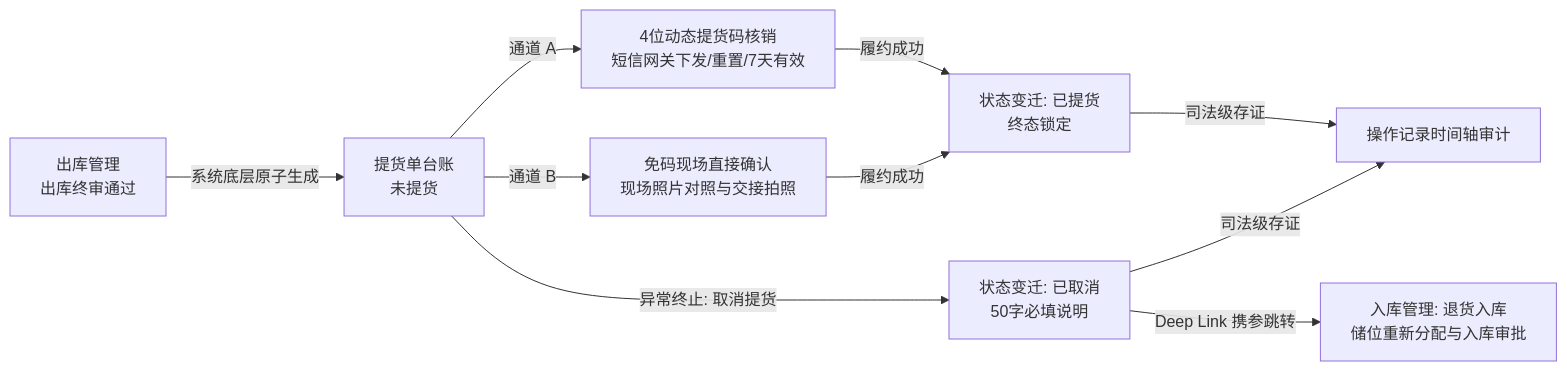
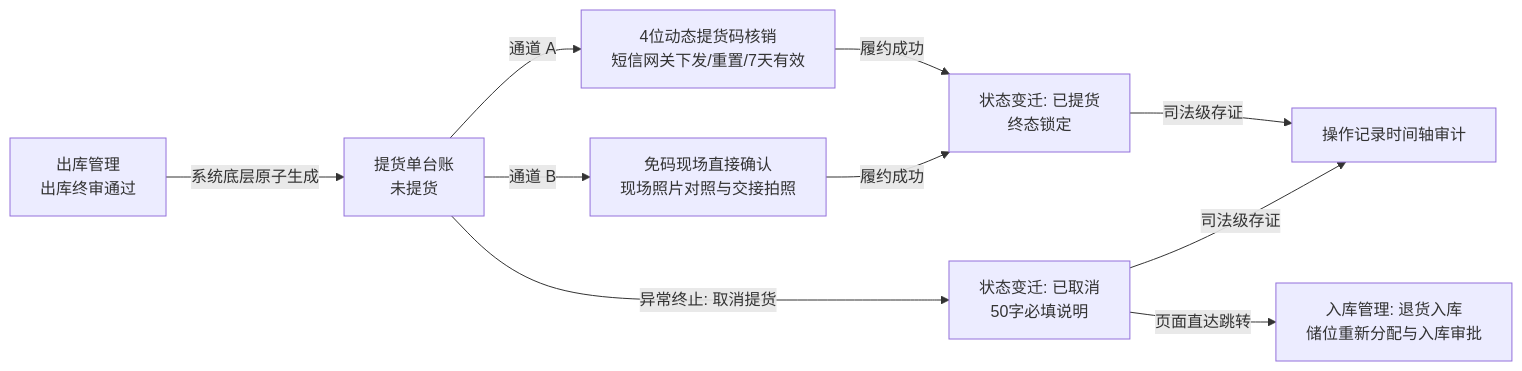
One commit to RobertHuang999/SYZC changed the diagram in 02-PRD文档/🌟🌟🌟-最新基准版/B端PC/02-仓储/15-提货单/提货单主PRD.md. Above: the diagram before and after it, drawn with Mermaid. The commit also changed other lines of this file and 264 other files, not shown here.

````diff
--- a/02-PRD文档/🌟🌟🌟-最新基准版/B端PC/02-仓储/15-提货单/提货单主PRD.md
+++ b/02-PRD文档/🌟🌟🌟-最新基准版/B端PC/02-仓储/15-提货单/提货单主PRD.md
@@ -32,12 +32,12 @@
 ```mermaid
 flowchart LR
     A[出库管理<br/>出库终审通过] -->|系统底层原子生成| B[提货单台账<br/>未提货]
     B -->|通道 A| C[4位动态提货码核销<br/>短信网关下发/重置/7天有效]
     B -->|通道 B| D[免码现场直接确认<br/>现场照片对照与交接拍照]
     C -->|履约成功| E[状态变迁: 已提货<br/>终态锁定]
     D -->|履约成功| E
     B -->|异常终止: 取消提货| F[状态变迁: 已取消<br/>50字必填说明]
-    F -->|Deep Link 携参跳转| G[入库管理: 退货入库<br/>储位重新分配与入库审批]
+    F -->|页面直达跳转| G[入库管理: 退货入库<br/>储位重新分配与入库审批]
     E -->|司法级存证| H[操作记录时间轴审计]
     F -->|司法级存证| H
 ```
````
